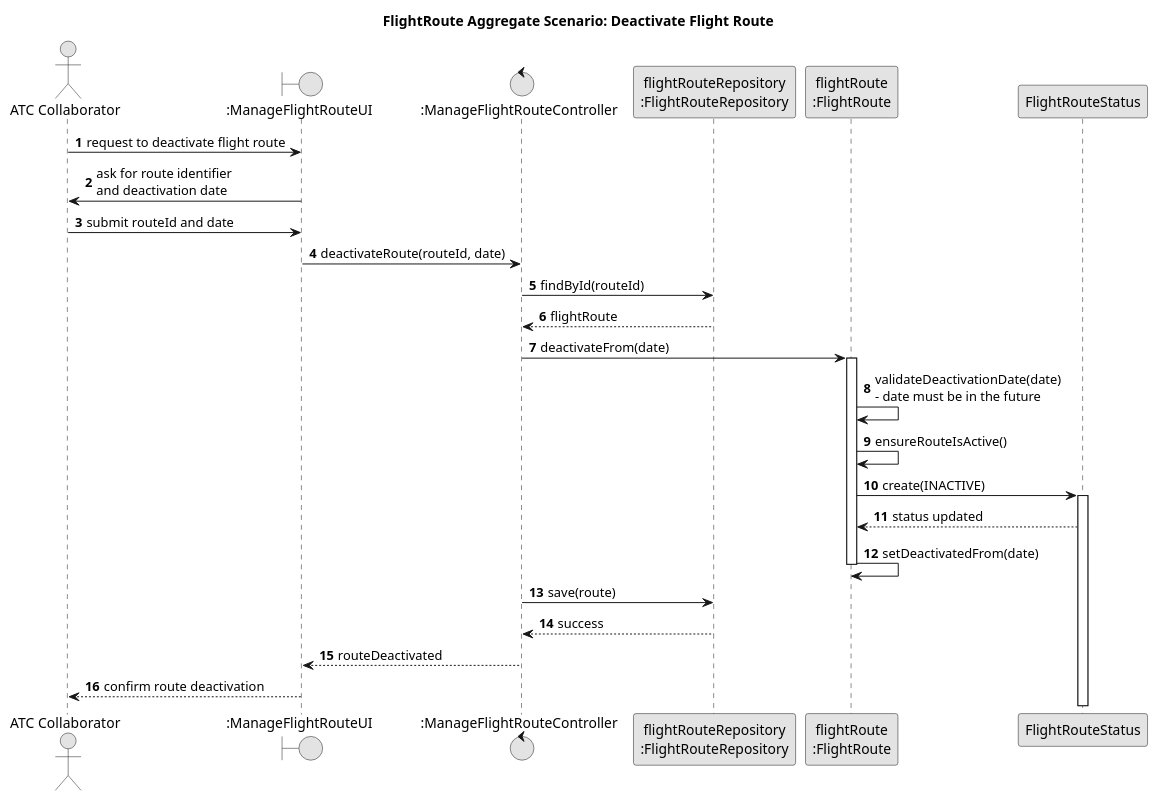
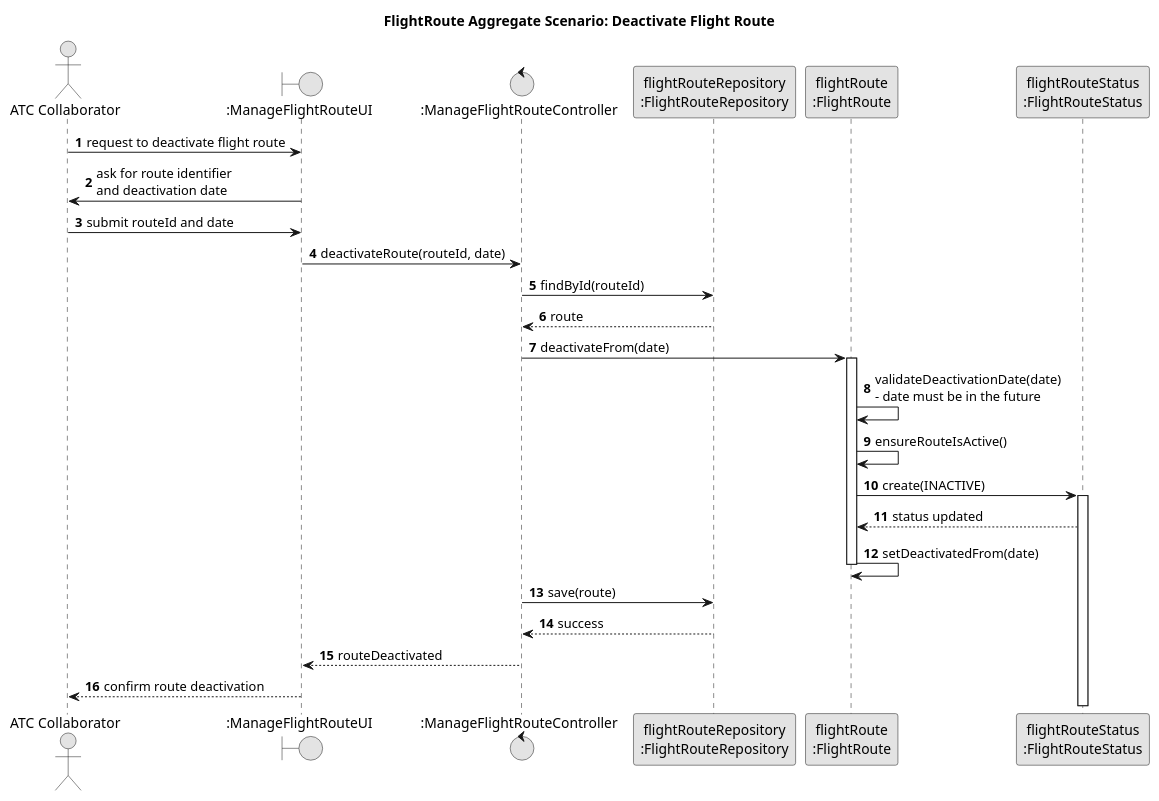
One commit to GustavoFerreira24/flight-management-platform changed the diagram in docs/global-artifacts/03.design/puml/FlightRouteAggregate-SD.puml. Above: the diagram before and after it, drawn with PlantUML. The commit also changed 6 other files, not shown here.

Commit message:
US11(docs) SD edited the part of the Flight, FlightPlan and FlightRoute [#18][#19]

```diff
--- a/docs/global-artifacts/03.design/puml/FlightRouteAggregate-SD.puml
+++ b/docs/global-artifacts/03.design/puml/FlightRouteAggregate-SD.puml
@@ -1,43 +1,44 @@
 @startuml
 title FlightRoute Aggregate Scenario: Deactivate Flight Route
 
 skinparam monochrome true
 skinparam packageStyle rectangle
 skinparam shadowing false
 
 autonumber
 
 actor "ATC Collaborator" as ATC
 boundary ":ManageFlightRouteUI" as UI
 control ":ManageFlightRouteController" as C
 participant "flightRouteRepository\n:FlightRouteRepository" as RouteRepo
 participant "flightRoute\n:FlightRoute" as Route
+participant "flightRouteStatus\n:FlightRouteStatus" as FlightRouteStatus
 
 ATC -> UI : request to deactivate flight route
 UI -> ATC : ask for route identifier\nand deactivation date
 
 ATC -> UI : submit routeId and date
 UI -> C : deactivateRoute(routeId, date)
 
 C -> RouteRepo : findById(routeId)
-RouteRepo --> C : flightRoute
+RouteRepo --> C : route
 
 C -> Route : deactivateFrom(date)
 
 activate Route
 
 Route -> Route : validateDeactivationDate(date)\n- date must be in the future
 Route -> Route : ensureRouteIsActive()
 Route -> FlightRouteStatus ++ : create(INACTIVE)
 FlightRouteStatus --> Route : status updated
 Route -> Route : setDeactivatedFrom(date)
 
 deactivate Route
 
 C -> RouteRepo : save(route)
 RouteRepo --> C : success
 
 C --> UI : routeDeactivated
 UI --> ATC : confirm route deactivation
 
 @enduml
```
